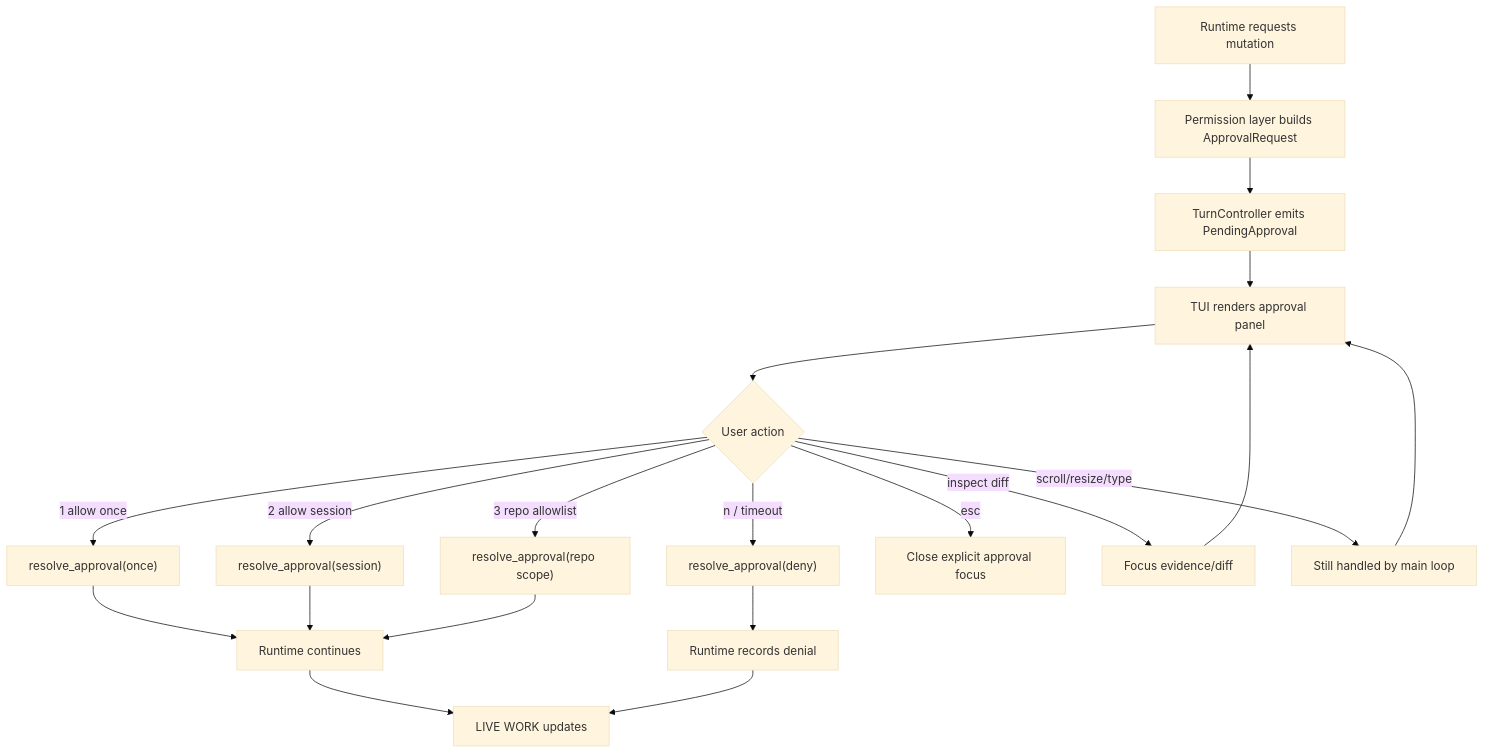
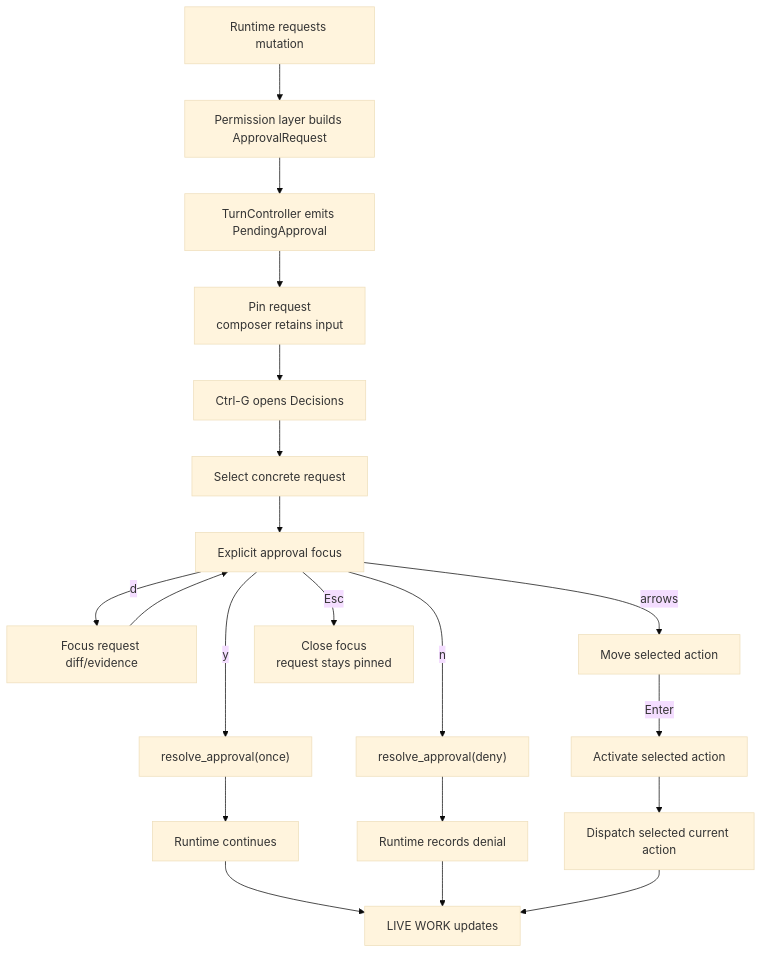
The sixth of 10 diagrams in docs/tui-interaction-flow-design.md (wikieden/robocode), drawn with Mermaid (base theme) before and after one commit. The commit also changed other lines of this file and 3 other files, not shown here.

Commit message:
docs(tui): align explicit approval guidance

````diff
--- a/docs/tui-interaction-flow-design.md
+++ b/docs/tui-interaction-flow-design.md
@@ -215,22 +224,22 @@
 ```mermaid
 flowchart TD
     A["Runtime requests mutation"] --> B["Permission layer builds ApprovalRequest"]
     B --> C["TurnController emits PendingApproval"]
-    C --> D["TUI renders approval panel"]
-    D --> E{"User action"}
-    E -->|1 allow once| F["resolve_approval(once)"]
-    E -->|2 allow session| G["resolve_approval(session)"]
-    E -->|3 repo allowlist| H["resolve_approval(repo scope)"]
-    E -->|n / timeout| I["resolve_approval(deny)"]
-    E -->|esc| O["Close explicit approval focus"]
-    E -->|inspect diff| J["Focus evidence/diff"]
-    E -->|scroll/resize/type| K["Still handled by main loop"]
-    J --> D
-    K --> D
-    F --> L["Runtime continues"]
-    G --> L
-    H --> L
-    I --> M["Runtime records denial"]
-    L --> N["LIVE WORK updates"]
-    M --> N
+    C --> D["Pin request<br/>composer retains input"]
+    D --> E["Ctrl-G opens Decisions"]
+    E --> F["Select concrete request"]
+    F --> G["Explicit approval focus"]
+    G -->|y| H["resolve_approval(once)"]
+    G -->|n| I["resolve_approval(deny)"]
+    G -->|d| J["Focus request diff/evidence"]
+    G -->|arrows| K["Move selected action"]
+    K -->|Enter| L["Activate selected action"]
+    G -->|Esc| M["Close focus<br/>request stays pinned"]
+    J --> G
+    H --> N["Runtime continues"]
+    I --> O["Runtime records denial"]
+    L --> P["Dispatch selected current action"]
+    N --> Q["LIVE WORK updates"]
+    O --> Q
+    P --> Q
 ```
````
